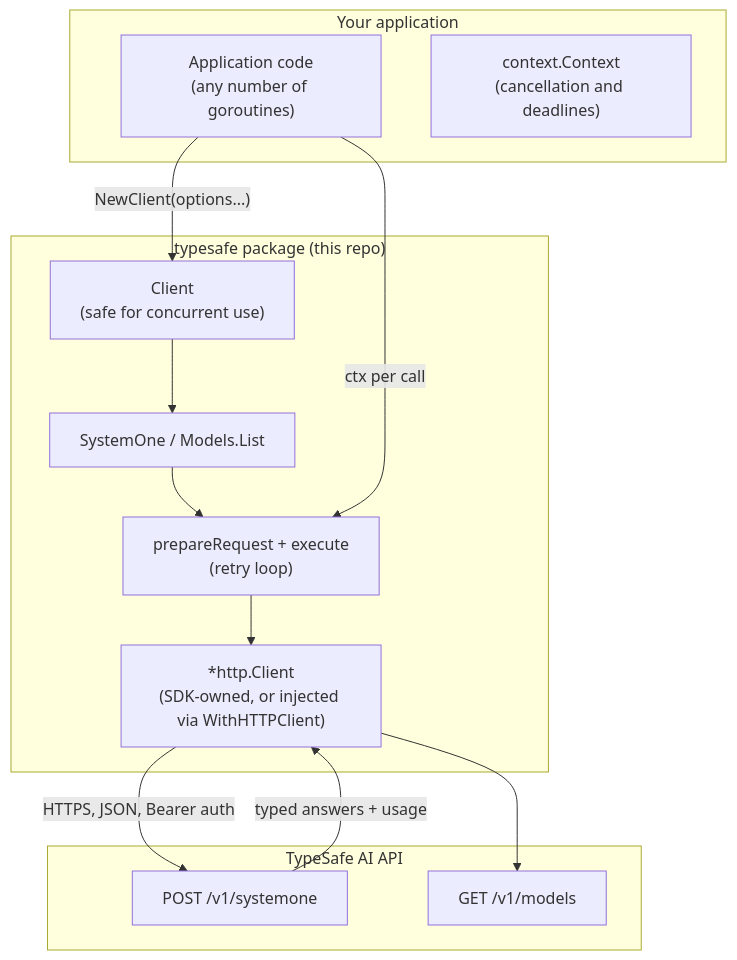
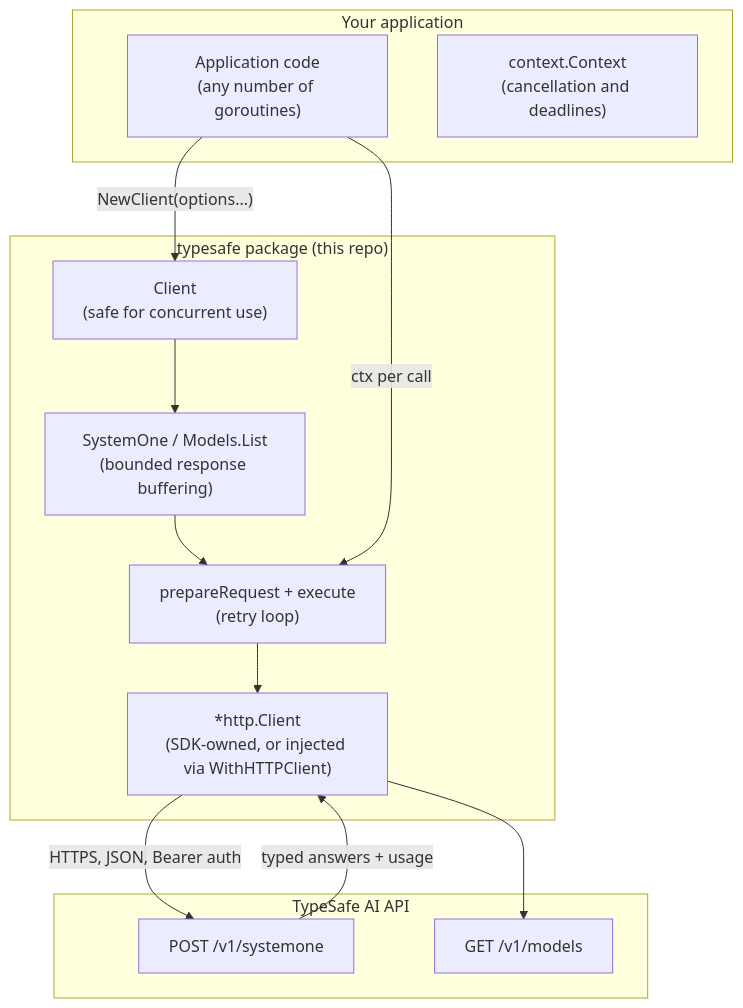
The first of 5 diagrams in docs/architecture.md (captain-corgi/typesafe-sdk-go), drawn with Mermaid before and after one commit. The commit also changed other lines of this file and 23 other files, not shown here.

````diff
--- a/docs/architecture.md
+++ b/docs/architecture.md
@@ -9,23 +9,23 @@
 ```mermaid
 flowchart TB
     subgraph app["Your application"]
         code["Application code<br>(any number of goroutines)"]
         ctx["context.Context<br>(cancellation and deadlines)"]
     end
     subgraph sdk["typesafe package (this repo)"]
         client["Client<br>(safe for concurrent use)"]
-        api["SystemOne / Models.List"]
+        api["SystemOne / Models.List<br>(bounded response buffering)"]
         loopc["prepareRequest + execute<br>(retry loop)"]
         httpc["*http.Client<br>(SDK-owned, or injected via WithHTTPClient)"]
     end
     subgraph tsapi["TypeSafe AI API"]
         ep1["POST /v1/systemone"]
         ep2["GET /v1/models"]
     end
     code -->|"NewClient(options...)"| client
     client --> api --> loopc --> httpc
     code -->|"ctx per call"| loopc
     httpc -->|"HTTPS, JSON, Bearer auth"| ep1
     httpc --> ep2
     ep1 -->|"typed answers + usage"| httpc
 ```
````
